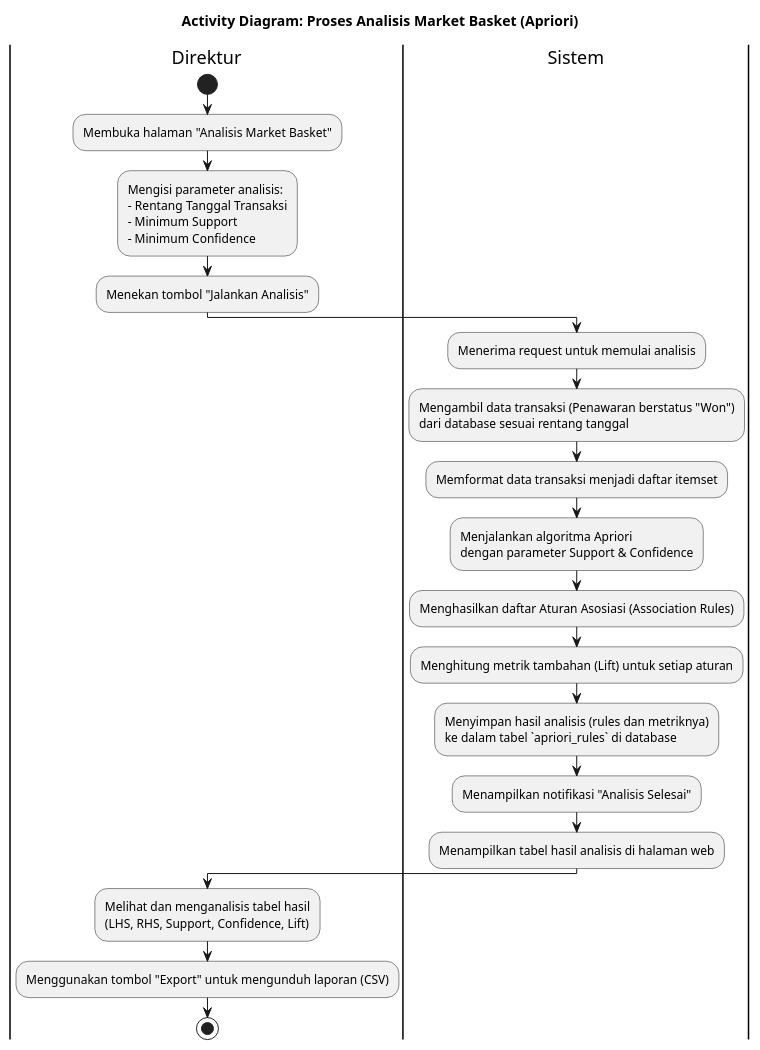
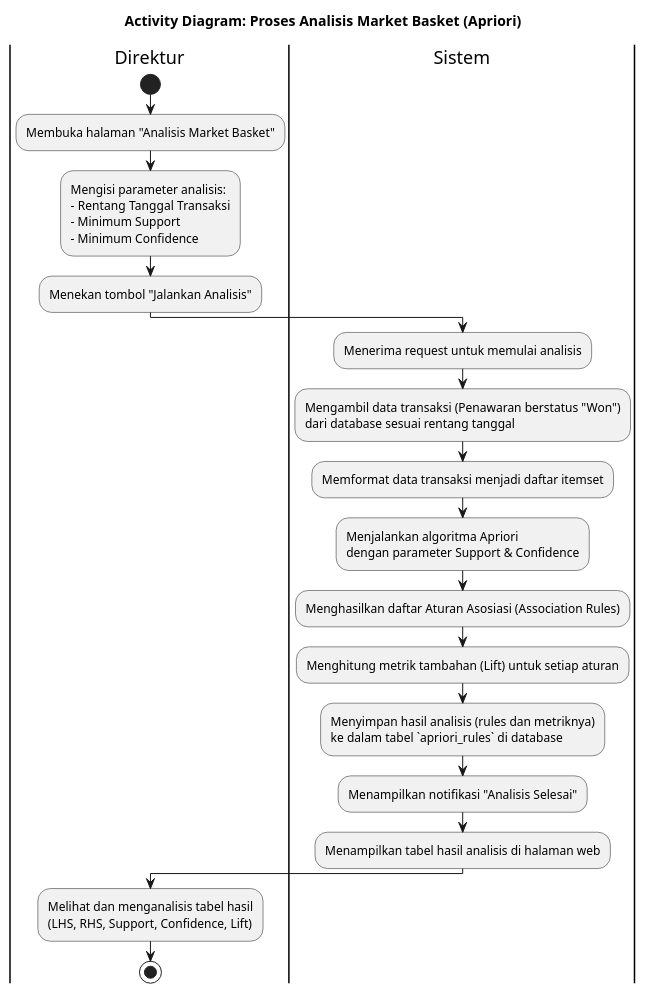
The diagram in docs/activity_analisis_apriori.puml (quenzvezda/laravel-crm), drawn with PlantUML before and after one commit. The commit also changed 4 other files, not shown here.

Commit message:
docs: update some diagram due to changes in activity

```diff
--- a/docs/activity_analisis_apriori.puml
+++ b/docs/activity_analisis_apriori.puml
@@ -1,26 +1,25 @@
 @startuml
 title Activity Diagram: Proses Analisis Market Basket (Apriori)
 
 |Direktur|
 start
 :Membuka halaman "Analisis Market Basket";
 :Mengisi parameter analisis:\n- Rentang Tanggal Transaksi\n- Minimum Support\n- Minimum Confidence;
 :Menekan tombol "Jalankan Analisis";
 
 |Sistem|
 :Menerima request untuk memulai analisis;
 :Mengambil data transaksi (Penawaran berstatus "Won")\ndari database sesuai rentang tanggal;
 :Memformat data transaksi menjadi daftar itemset;
 :Menjalankan algoritma Apriori\ndengan parameter Support & Confidence;
 :Menghasilkan daftar Aturan Asosiasi (Association Rules);
 :Menghitung metrik tambahan (Lift) untuk setiap aturan;
 :Menyimpan hasil analisis (rules dan metriknya)\nke dalam tabel `apriori_rules` di database;
 :Menampilkan notifikasi "Analisis Selesai";
 :Menampilkan tabel hasil analisis di halaman web;
 
 |Direktur|
 :Melihat dan menganalisis tabel hasil\n(LHS, RHS, Support, Confidence, Lift);
-:Menggunakan tombol "Export" untuk mengunduh laporan (CSV);
 stop
 
 @enduml
```
